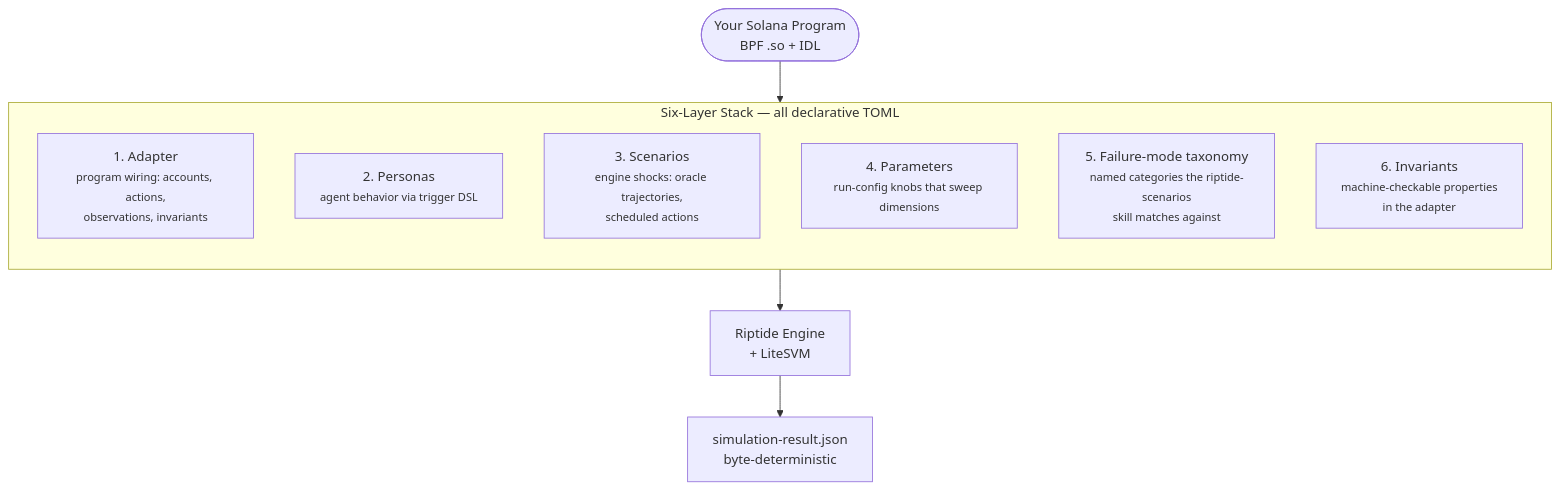
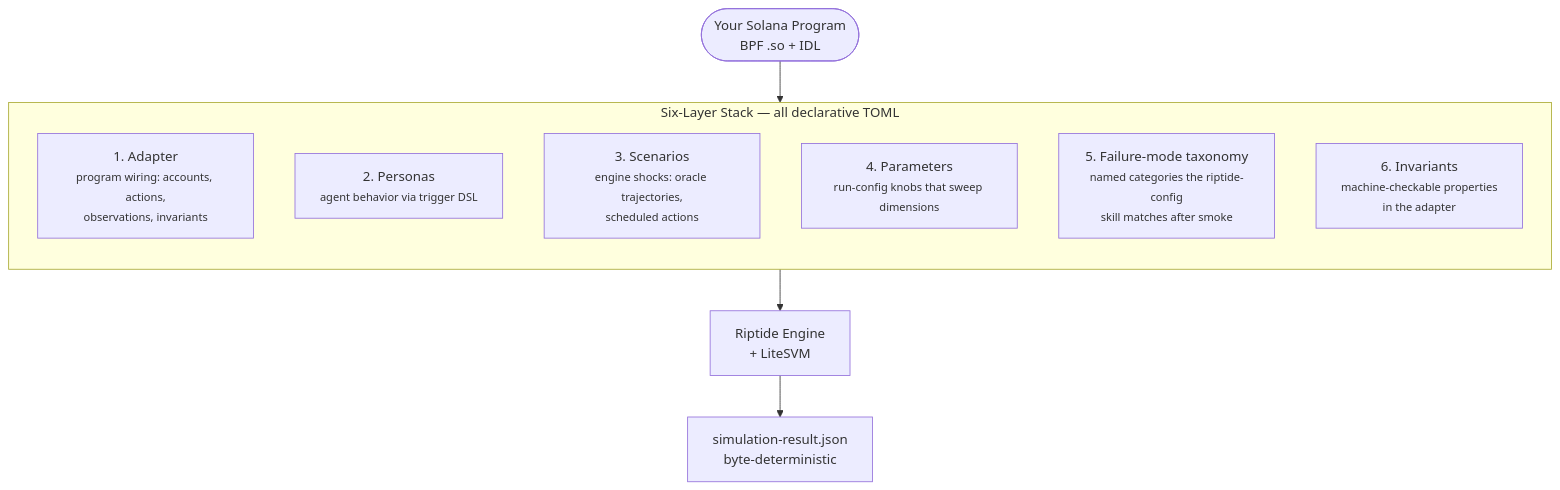
One commit to riptidesim/riptide changed the diagram in docs/architecture.md. Above: the diagram before and after it, drawn with Mermaid. The commit also changed other lines of this file and 63 other files, not shown here.

Commit message:
Ship 0.7 skill-first configuration flow

````diff
--- a/docs/architecture.md
+++ b/docs/architecture.md
@@ -13,18 +13,18 @@
 ```mermaid
 flowchart TB
     P(["Your Solana Program<br>BPF .so + IDL"])
 
     subgraph Stack["Six-Layer Stack — all declarative TOML"]
         direction TB
         L1["1. Adapter<br><small>program wiring: accounts, actions,<br>observations, invariants</small>"]
         L2["2. Personas<br><small>agent behavior via trigger DSL</small>"]
         L3["3. Scenarios<br><small>engine shocks: oracle trajectories,<br>scheduled actions</small>"]
         L4["4. Parameters<br><small>run-config knobs that sweep dimensions</small>"]
-        L5["5. Failure-mode taxonomy<br><small>named categories the riptide-scenarios<br>skill matches against</small>"]
+        L5["5. Failure-mode taxonomy<br><small>named categories the riptide-config<br>skill matches after smoke</small>"]
         L6["6. Invariants<br><small>machine-checkable properties<br>in the adapter</small>"]
     end
 
     P --> Stack
     Stack --> R["Riptide Engine<br>+ LiteSVM"]
     R --> O["simulation-result.json<br>byte-deterministic"]
 ```
````
